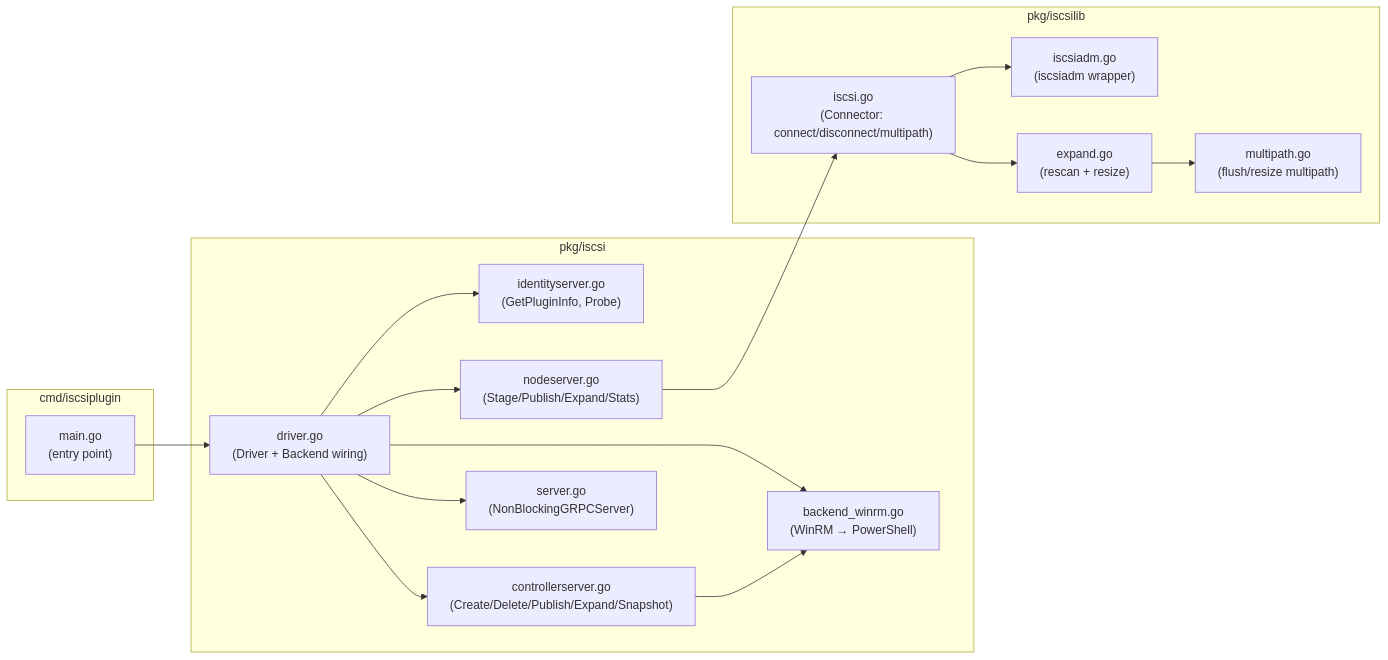
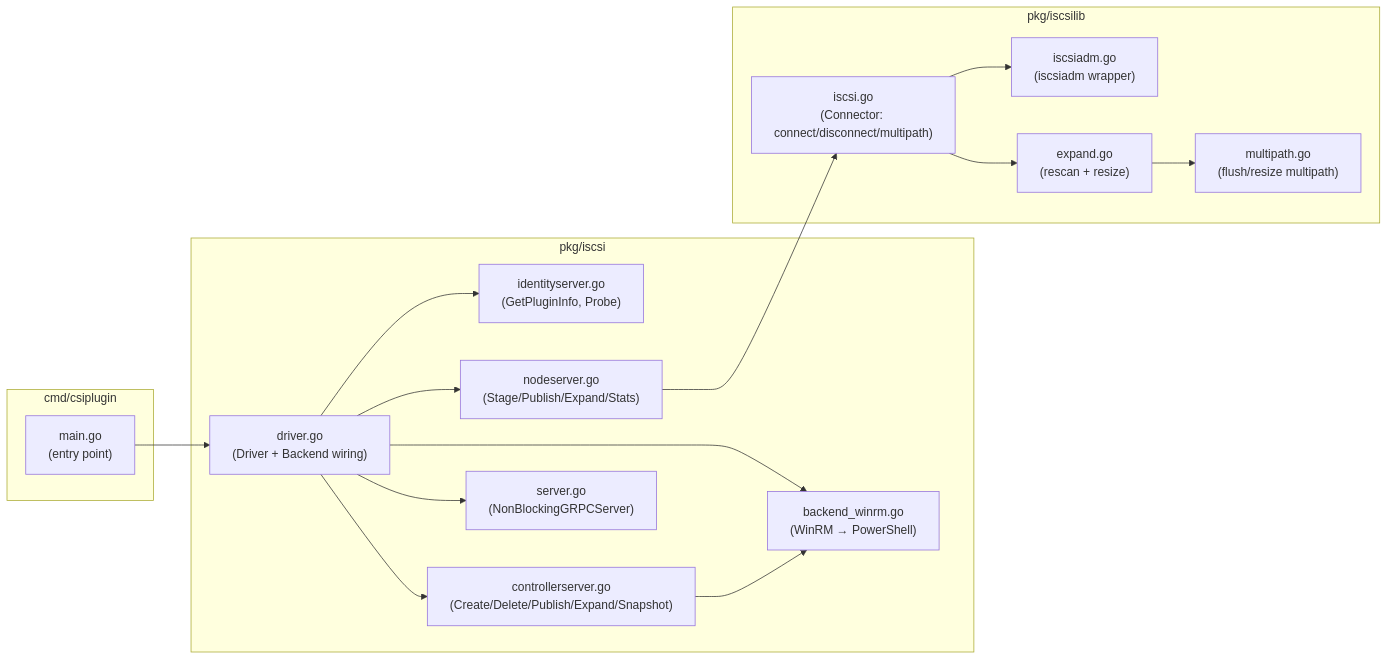
One commit to taliesins/csi-driver-for-windows-storage-server changed the second of 4 diagrams in docs/architecture.md. Above: the diagram before and after it, drawn with Mermaid. The commit also changed 43 other files, not shown here.

````diff
--- a/docs/architecture.md
+++ b/docs/architecture.md
@@ -58,35 +58,35 @@
 ```mermaid
 graph LR
-    subgraph cmd["cmd/iscsiplugin"]
+    subgraph cmd["cmd/csiplugin"]
         Main["main.go<br/>(entry point)"]
     end
 
     subgraph pkg_iscsi["pkg/iscsi"]
         Driver["driver.go<br/>(Driver + Backend wiring)"]
         Identity["identityserver.go<br/>(GetPluginInfo, Probe)"]
         Controller["controllerserver.go<br/>(Create/Delete/Publish/Expand/Snapshot)"]
         Node["nodeserver.go<br/>(Stage/Publish/Expand/Stats)"]
         Server["server.go<br/>(NonBlockingGRPCServer)"]
         Backend["backend_winrm.go<br/>(WinRM → PowerShell)"]
     end
 
     subgraph pkg_iscsilib["pkg/iscsilib"]
         Connector["iscsi.go<br/>(Connector: connect/disconnect/multipath)"]
         CLI["iscsiadm.go<br/>(iscsiadm wrapper)"]
         Expand["expand.go<br/>(rescan + resize)"]
         MP["multipath.go<br/>(flush/resize multipath)"]
     end
 
     Main --> Driver
     Driver --> Identity
     Driver --> Controller
     Driver --> Node
     Driver --> Server
     Driver --> Backend
 
     Controller --> Backend
     Node --> Connector
     Connector --> CLI
     Connector --> Expand
     Expand --> MP
 ```
````
